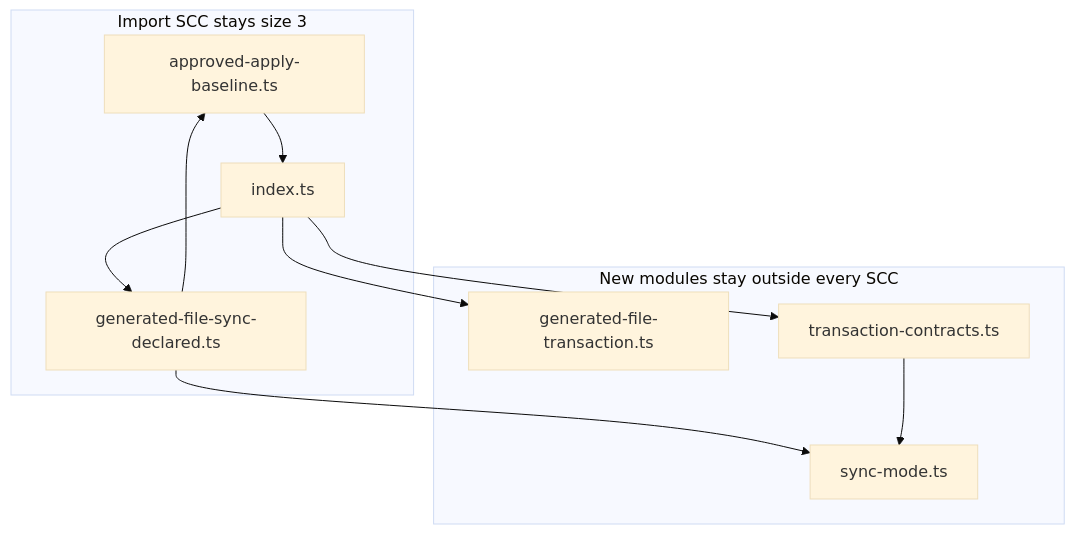
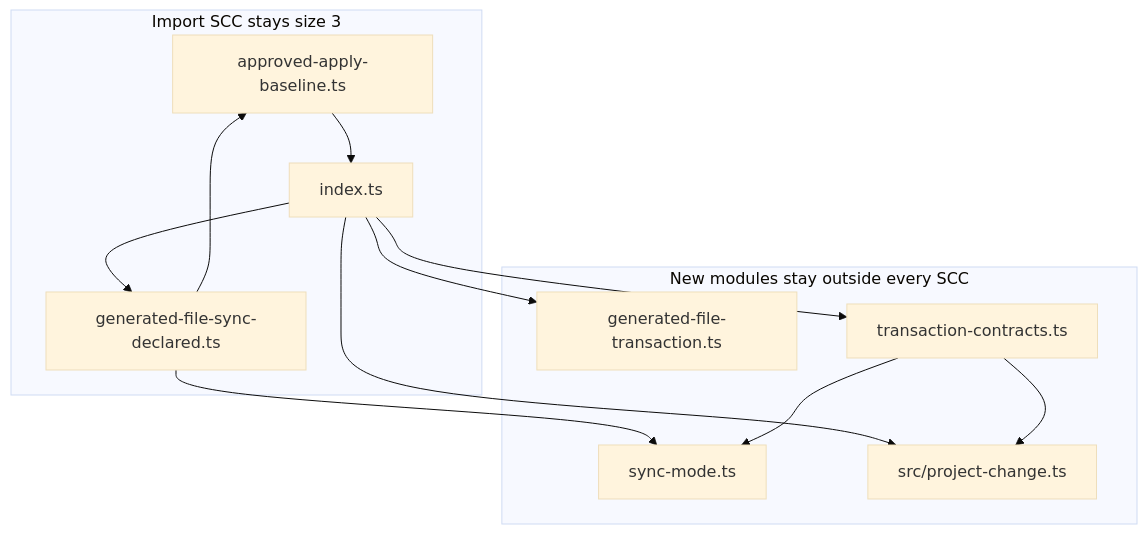
Before and after one commit to vitala89/Intentloom: the tenth of 10 diagrams in docs/designs/p1i1-generated-file-transaction/SYSTEM_DESIGN.md, drawn with Mermaid (base theme). The commit also changed other lines of this file and 6 other files, not shown here.

First line of the commit message:
docs(architecture): correct the P1I.1 trust and contract design

````diff
--- a/docs/designs/p1i1-generated-file-transaction/SYSTEM_DESIGN.md
+++ b/docs/designs/p1i1-generated-file-transaction/SYSTEM_DESIGN.md
@@ -1094,20 +1176,23 @@
 ```mermaid
 flowchart TB
   subgraph importNow ["Import SCC stays size 3"]
     baseline["approved-apply-baseline.ts"]
     declared["generated-file-sync-declared.ts"]
     index["index.ts"]
   end
   subgraph outside ["New modules stay outside every SCC"]
     commit["generated-file-transaction.ts"]
     contracts["transaction-contracts.ts"]
     mode["sync-mode.ts"]
+    change["src/project-change.ts"]
   end
   index --> declared
   declared --> baseline
   baseline --> index
   index --> commit
   index --> contracts
+  index --> change
+  contracts --> change
   declared --> mode
   contracts --> mode
 ```
````
